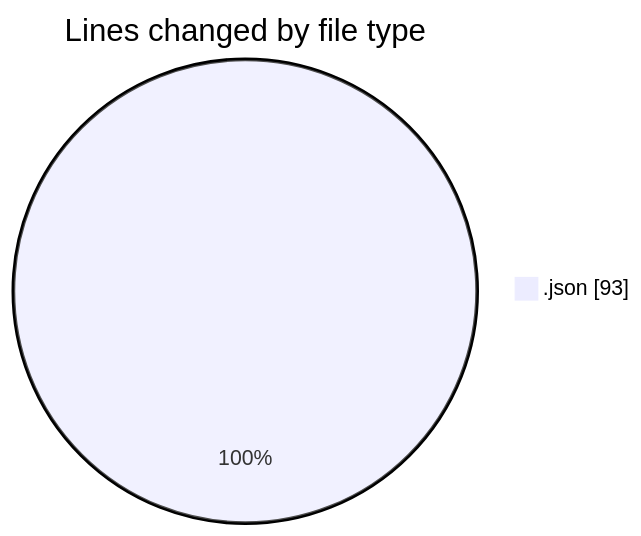
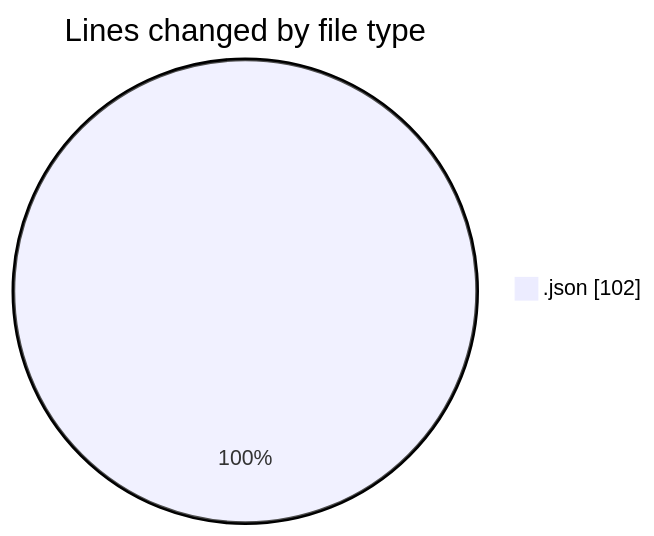
The first of 2 diagrams in 2025-08-03/macrowhisper/README.md (EIIisD/code-tracking), drawn with Mermaid before and after one commit. The commit also changed other lines of this file and 1 other file, not shown here.

````diff
--- a/2025-08-03/macrowhisper/README.md
+++ b/2025-08-03/macrowhisper/README.md
@@ -20,5 +20,5 @@
 ```mermaid
 pie showData
 title Lines changed by file type
-".json" : 93
+".json" : 102
 ```
````
